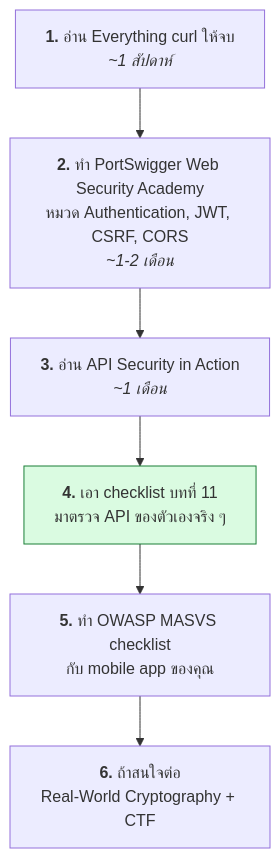
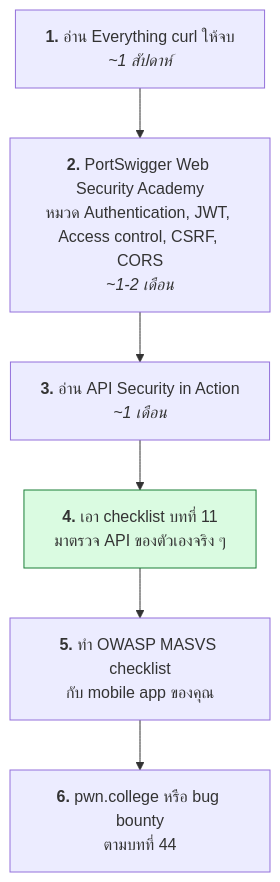
The second of 3 diagrams in course/23-where-to-learn-more.md (kasemsit/hands-on), drawn with Mermaid before and after one commit. The commit also changed other lines of this file, not shown here.

````diff
--- a/course/23-where-to-learn-more.md
+++ b/course/23-where-to-learn-more.md
@@ -124,12 +388,12 @@
 ```mermaid
 flowchart TD
     A["<b>1.</b> อ่าน Everything curl ให้จบ<br/><i>~1 สัปดาห์</i>"]
-    B["<b>2.</b> ทำ PortSwigger Web Security Academy<br/>หมวด Authentication, JWT, CSRF, CORS<br/><i>~1-2 เดือน</i>"]
+    B["<b>2.</b> PortSwigger Web Security Academy<br/>หมวด Authentication, JWT, Access control, CSRF, CORS<br/><i>~1-2 เดือน</i>"]
     C["<b>3.</b> อ่าน API Security in Action<br/><i>~1 เดือน</i>"]
     D["<b>4.</b> เอา checklist บทที่ 11<br/>มาตรวจ API ของตัวเองจริง ๆ"]
     E["<b>5.</b> ทำ OWASP MASVS checklist<br/>กับ mobile app ของคุณ"]
-    F["<b>6.</b> ถ้าสนใจต่อ<br/>Real-World Cryptography + CTF"]
+    F["<b>6.</b> pwn.college หรือ bug bounty<br/>ตามบทที่ 44"]
 
     A --> B --> C --> D --> E --> F
     style D fill:#dafbe1,stroke:#1a7f37
 ```
````
